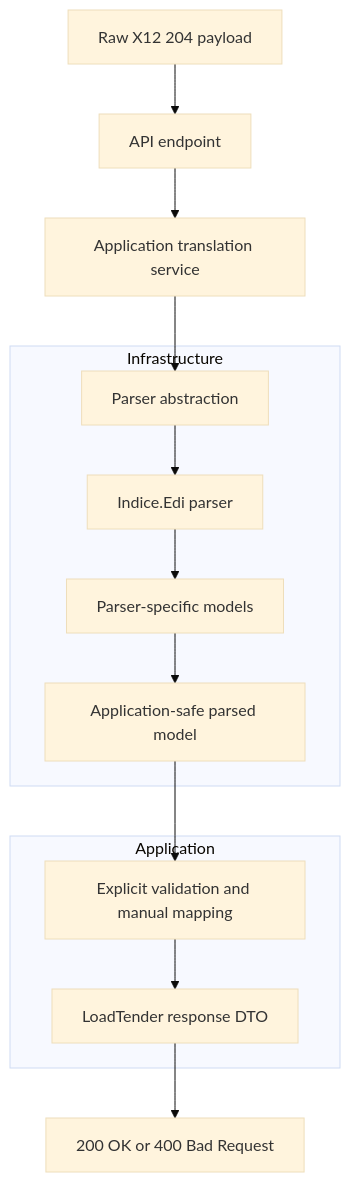
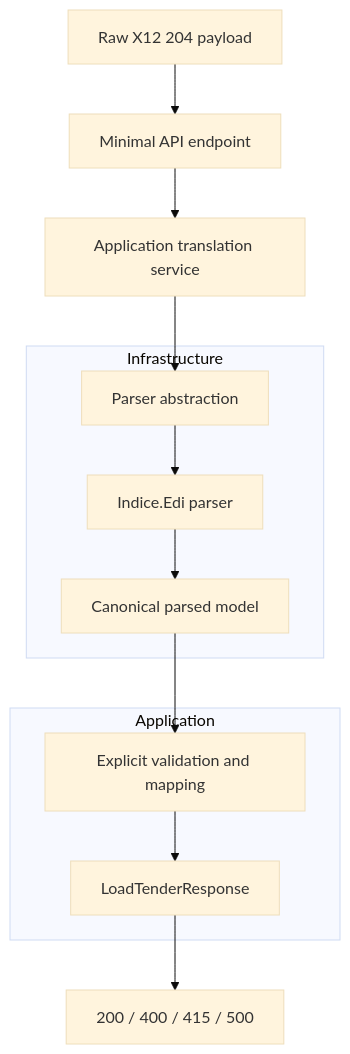
Before and after one commit to bonyaroslav/EDI-to-REST-Logistics-Gateway: the diagram in README.md, drawn with Mermaid (base theme). The commit also changed other lines of this file and 13 other files, not shown here.

````diff
--- a/README.md
+++ b/README.md
@@ -147,19 +194,18 @@
 ```mermaid
 graph TD
-    A["Raw X12 204 payload"] --> B["API endpoint"]
+    A["Raw X12 204 payload"] --> B["Minimal API endpoint"]
     B --> C["Application translation service"]
     C --> D["Parser abstraction"]
 
     subgraph Infrastructure
     D --> E["Indice.Edi parser"]
-    E --> F["Parser-specific models"]
-    F --> G["Application-safe parsed model"]
+    E --> F["Canonical parsed model"]
     end
 
     subgraph Application
-    G --> H["Explicit validation and manual mapping"]
-    H --> I["LoadTender response DTO"]
+    F --> G["Explicit validation and mapping"]
+    G --> H["LoadTenderResponse"]
     end
 
-    I --> J["200 OK or 400 Bad Request"]
+    H --> I["200 / 400 / 415 / 500"]
 ```
````
